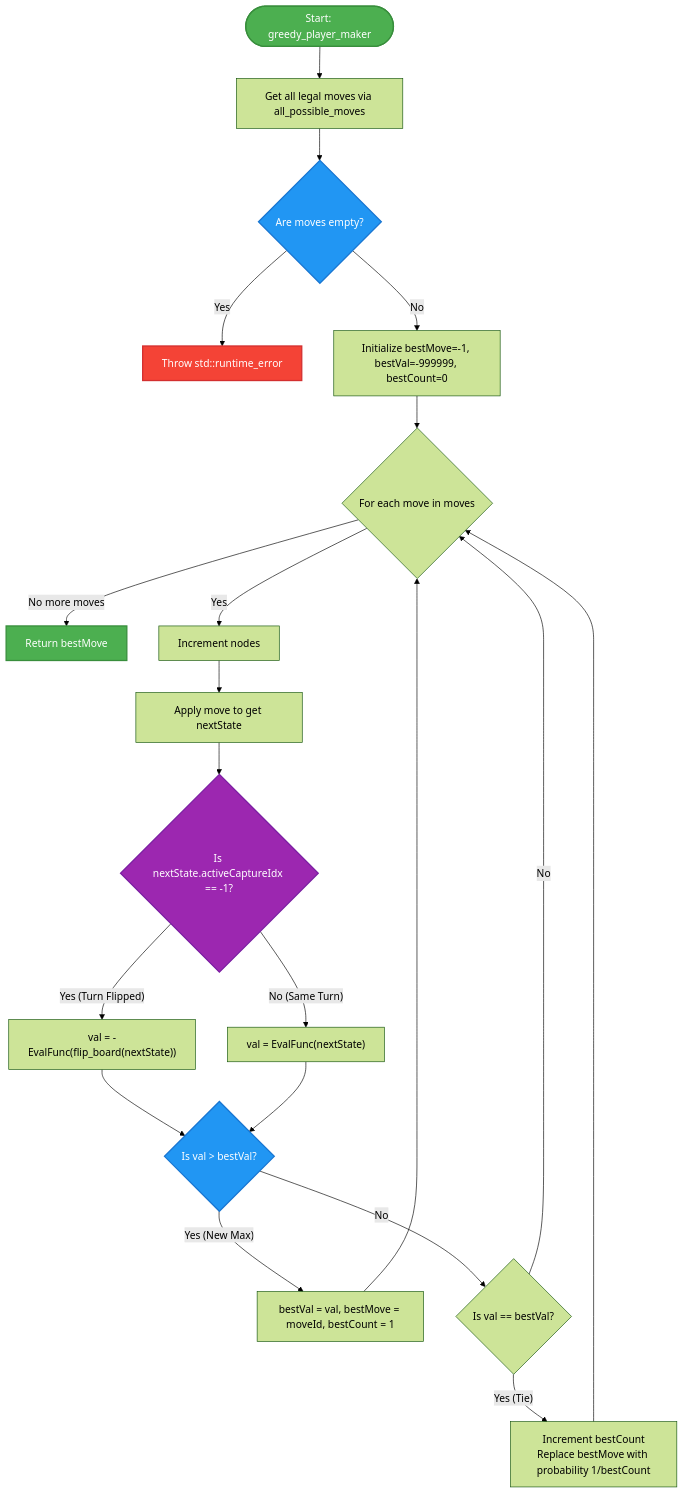
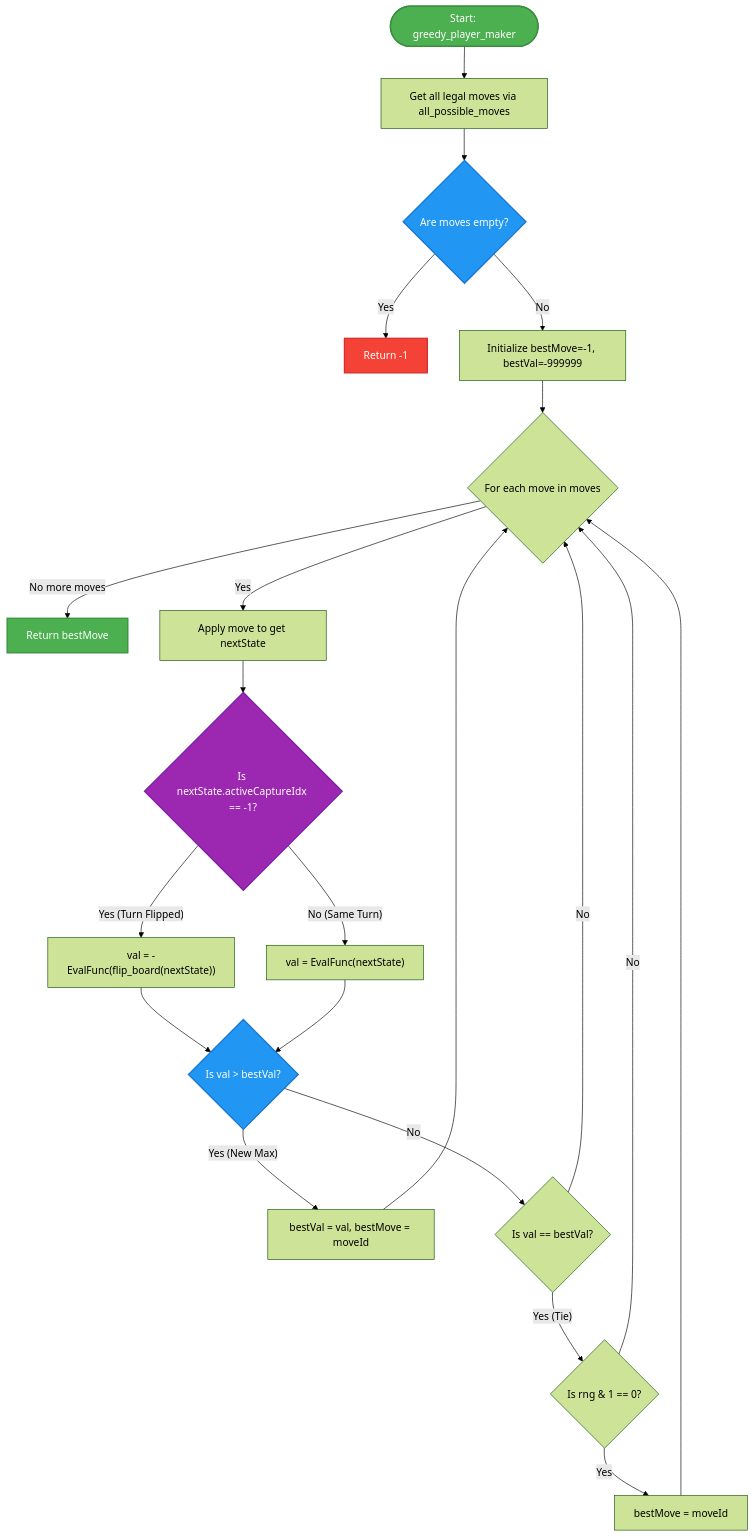
One commit to hamedzurat/kribu changed the diagram in doc/greedy_player.md. Above: the diagram before and after it, drawn with Mermaid (forest theme). The commit also changed other lines of this file and 24 other files, not shown here.

````diff
--- a/doc/greedy_player.md
+++ b/doc/greedy_player.md
@@ -45,36 +45,38 @@
 ```mermaid
 flowchart TD
     Start([Start: greedy_player_maker]) --> GenMoves[Get all legal moves via all_possible_moves]
     GenMoves --> CheckEmpty{Are moves empty?}
-    CheckEmpty -- Yes --> ThrowError[Throw std::runtime_error]
-    CheckEmpty -- No --> InitVariables[Initialize bestMove=-1, bestVal=-999999, bestCount=0]
+    CheckEmpty -- Yes --> ReturnNoMove[Return -1]
+    CheckEmpty -- No --> InitVariables[Initialize bestMove=-1, bestVal=-999999]
 
     InitVariables --> LoopStart{For each move in moves}
 
     LoopStart -- No more moves --> ReturnBest[Return bestMove]
-    LoopStart -- Yes --> IncNodes[Increment nodes]
-    IncNodes --> Apply[Apply move to get nextState]
+    LoopStart -- Yes --> Apply[Apply move to get nextState]
     Apply --> CheckChain{Is nextState.activeCaptureIdx == -1?}
 
     CheckChain -- "Yes (Turn Flipped)" --> EvalFlip["val = -EvalFunc(flip_board(nextState))"]
     CheckChain -- "No (Same Turn)" --> EvalNoFlip["val = EvalFunc(nextState)"]
 
     EvalFlip --> CompareVal
     EvalNoFlip --> CompareVal
 
     CompareVal{Is val > bestVal?}
-    CompareVal -- "Yes (New Max)" --> UpdateMax[bestVal = val, bestMove = moveId, bestCount = 1]
+    CompareVal -- "Yes (New Max)" --> UpdateMax[bestVal = val, bestMove = moveId]
     CompareVal -- No --> CompareEqual{Is val == bestVal?}
 
-    CompareEqual -- "Yes (Tie)" --> Reservoir[Increment bestCount<br/>Replace bestMove with probability 1/bestCount]
+    CompareEqual -- "Yes (Tie)" --> TieBreak{Is rng & 1 == 0?}
     CompareEqual -- No --> LoopStart
+
+    TieBreak -- Yes --> Replace[bestMove = moveId]
+    TieBreak -- No --> LoopStart
     UpdateMax --> LoopStart
-    Reservoir --> LoopStart
+    Replace --> LoopStart
 
     style Start fill:#4CAF50,stroke:#388E3C,stroke-width:2px,color:#fff
     style CheckEmpty fill:#2196F3,stroke:#1976D2,stroke-width:2px,color:#fff
-    style ThrowError fill:#F44336,stroke:#D32F2F,stroke-width:2px,color:#fff
+    style ReturnNoMove fill:#F44336,stroke:#D32F2F,stroke-width:2px,color:#fff
     style CheckChain fill:#9C27B0,stroke:#7B1FA2,stroke-width:2px,color:#fff
     style CompareVal fill:#2196F3,stroke:#1976D2,stroke-width:2px,color:#fff
     style ReturnBest fill:#4CAF50,stroke:#388E3C,stroke-width:2px,color:#fff
 ```
````
